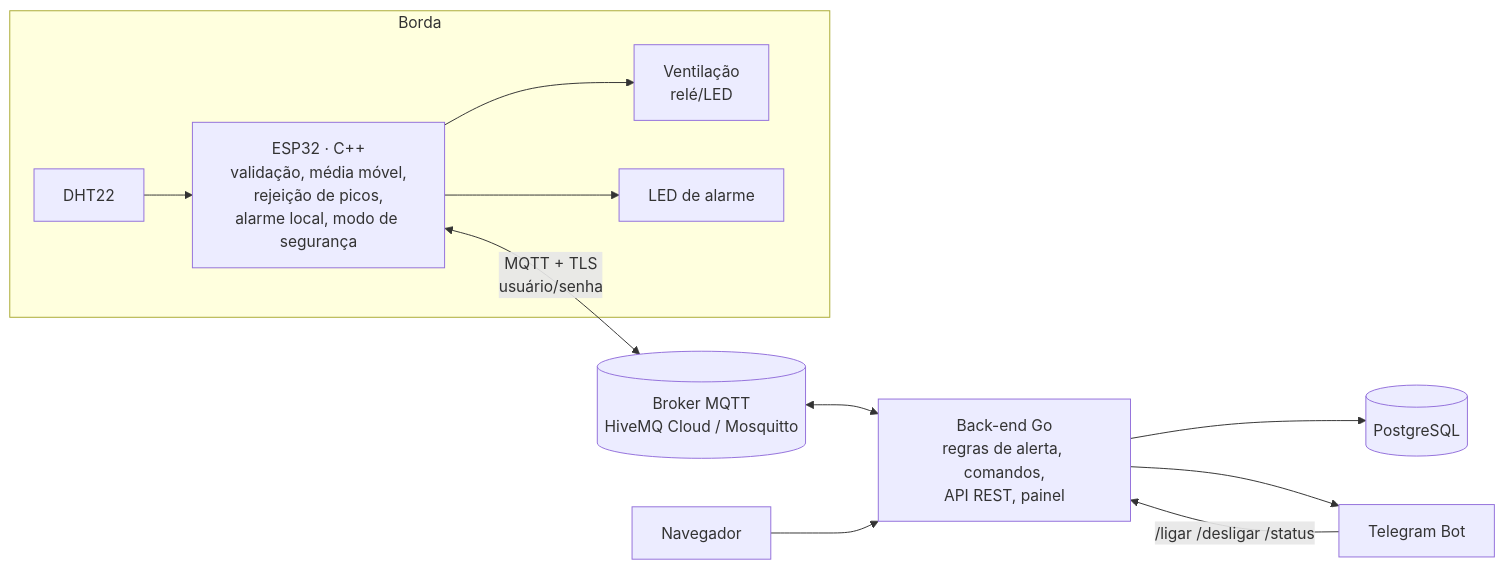
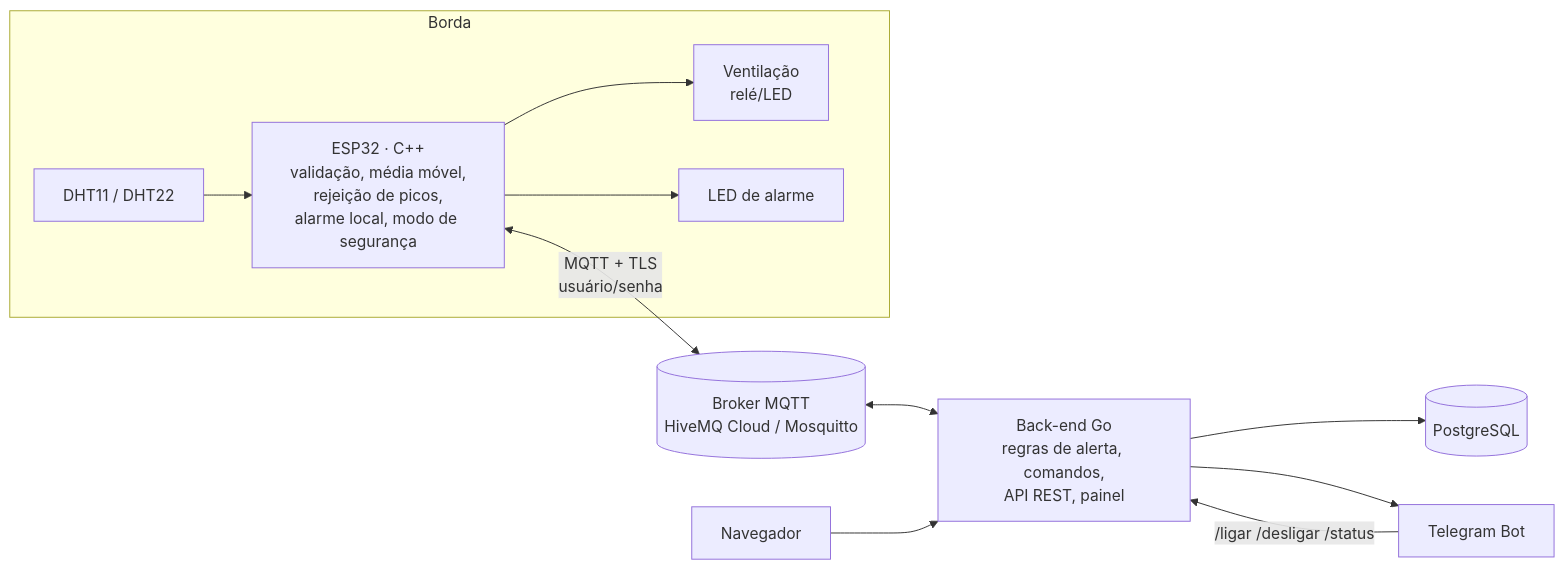
Before and after one commit to Babiak0/trabalho_IOT: the diagram in README.md, drawn with Mermaid. The commit also changed other lines of this file, not shown here.

````diff
--- a/README.md
+++ b/README.md
@@ -6,14 +6,14 @@
 ```mermaid
 flowchart LR
   subgraph Borda
-    DHT[DHT22] --> ESP[ESP32 · C++<br/>validação, média móvel,<br/>rejeição de picos,<br/>alarme local, modo de segurança]
+    DHT[DHT11 / DHT22] --> ESP[ESP32 · C++<br/>validação, média móvel,<br/>rejeição de picos,<br/>alarme local, modo de segurança]
     ESP --> FAN[Ventilação<br/>relé/LED]
     ESP --> ALM[LED de alarme]
   end
   ESP <-- "MQTT + TLS<br/>usuário/senha" --> BRK[(Broker MQTT<br/>HiveMQ Cloud / Mosquitto)]
   BRK <--> API[Back-end Go<br/>regras de alerta, comandos,<br/>API REST, painel]
   API --> DB[(PostgreSQL)]
   API --> TG[Telegram Bot]
   TG -- "/ligar /desligar /status" --> API
   USER[Navegador] --> API
 ```
````
